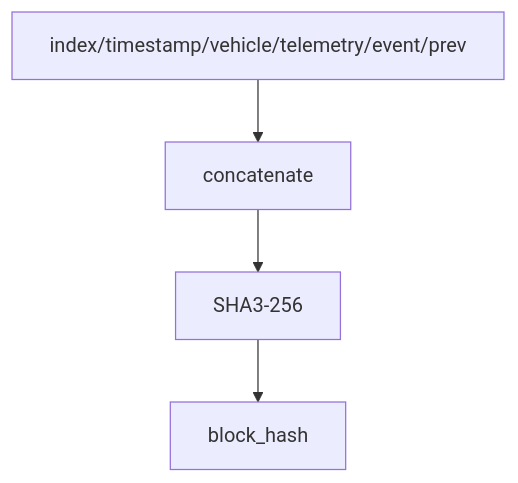
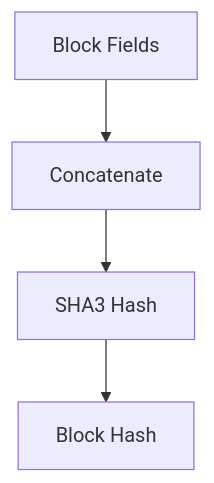
One commit to smshagor-dev/Next-Gen-Blockchain-for-Vehicle-Security changed the second of 33 diagrams in readme.md. Above: the diagram before and after it, drawn with Mermaid. The commit also changed other lines of this file and 5 other files, not shown here.

````diff
--- a/readme.md
+++ b/readme.md
@@ -365,6 +366,6 @@
 ```mermaid
 flowchart TD
-    A[index/timestamp/vehicle/telemetry/event/prev] --> B[concatenate]
-    B --> C[SHA3-256]
-    C --> D[block_hash]
+    A[Block Fields] --> B[Concatenate]
+    B --> C[SHA3 Hash]
+    C --> D[Block Hash]
 ```
````
